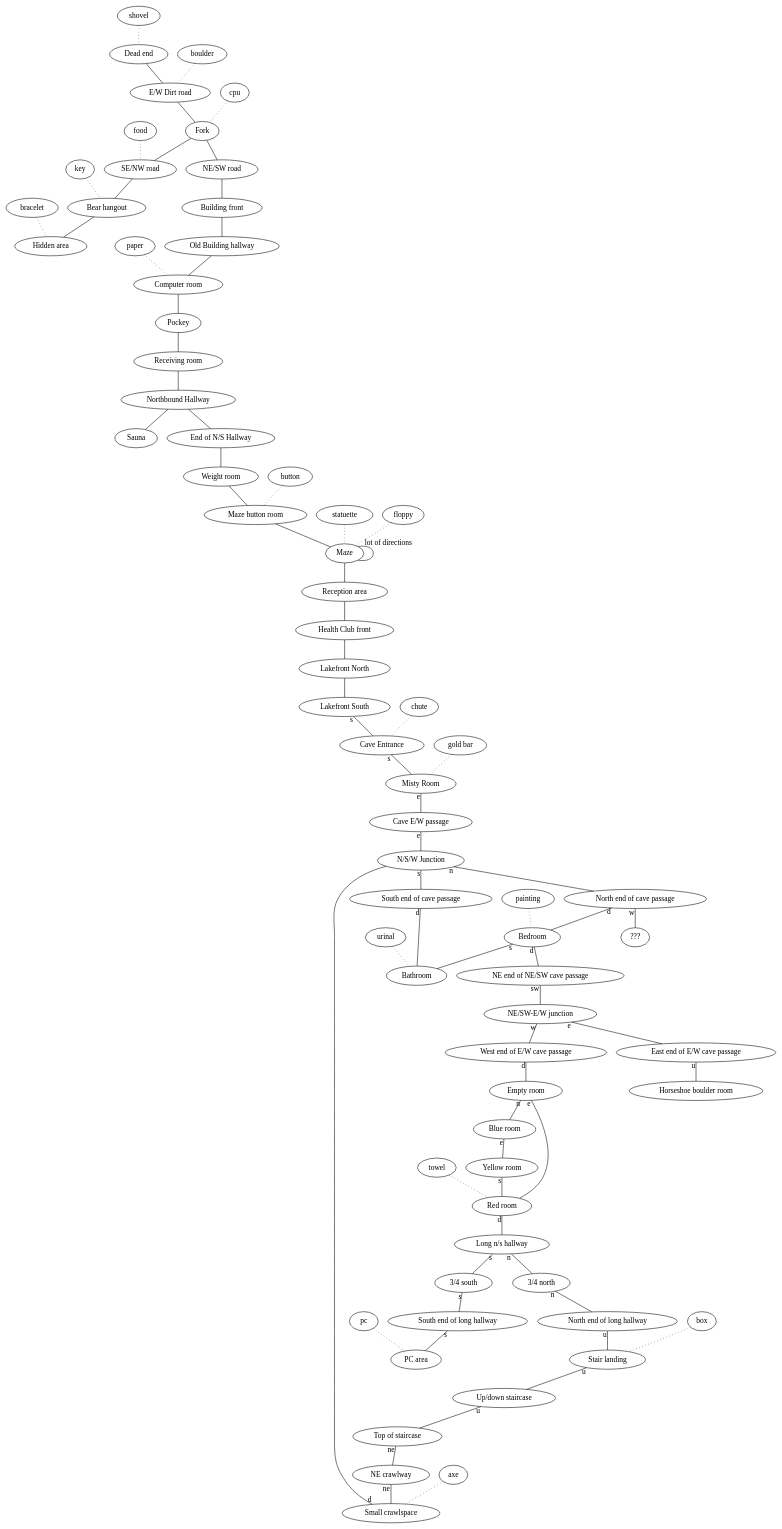
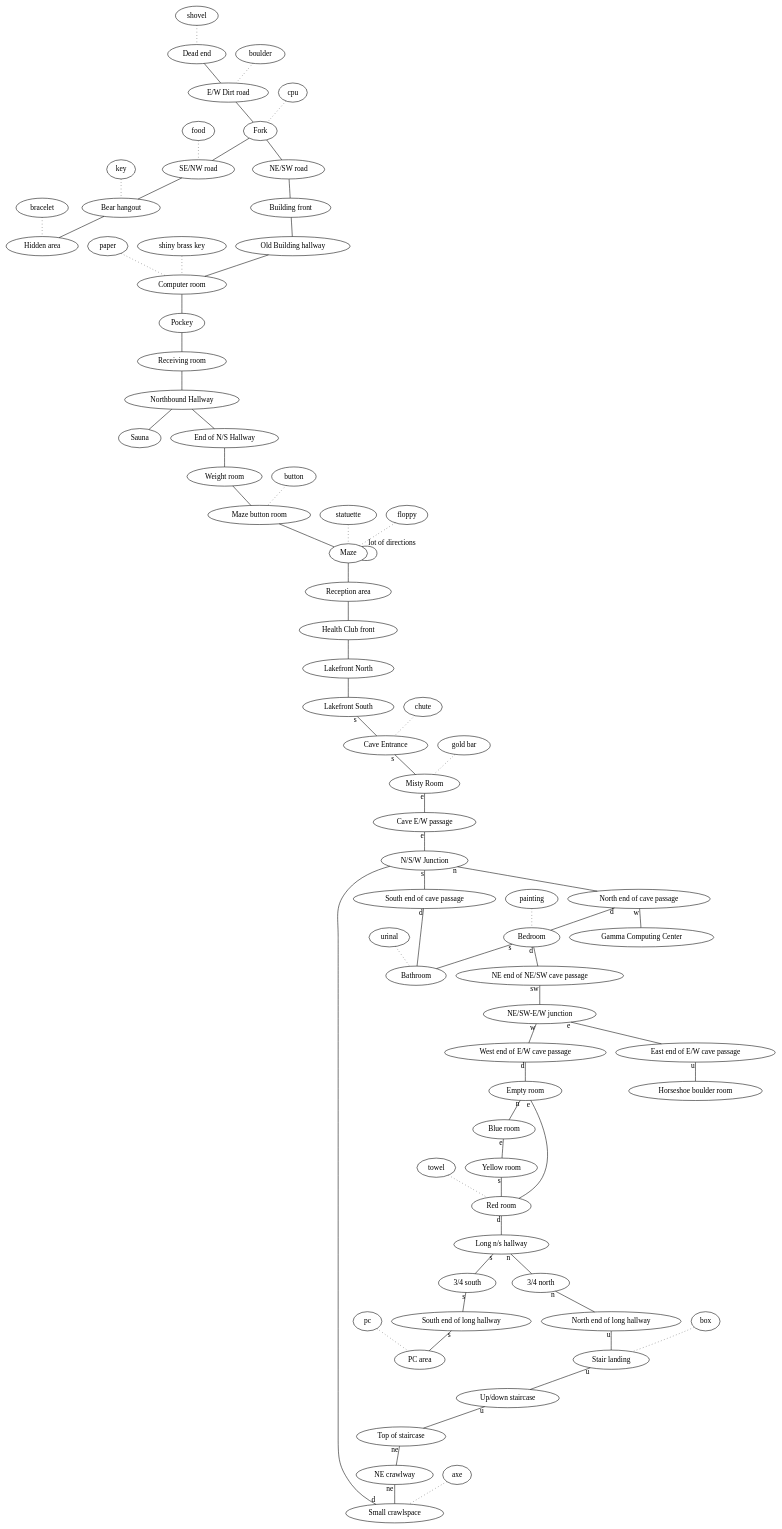
One commit to alvarogonzalezsotillo/.emacs.d changed the diagram in dunnet.org. Above: the diagram before and after it, drawn with Graphviz. The commit also changed other lines of this file and 1 other file, not shown here.

```diff
--- a/dunnet.org
+++ b/dunnet.org
@@ -2,80 +2,81 @@
 #+BEGIN_SRC dot :file ./dunnet.svg :exports results :cmd dot :cmdline -Tsvg
 digraph{
 
   edge[arrowhead="none"]
 
   "shovel" -> "Dead end" [style="dotted"]
   "Dead end" -> "E/W Dirt road"
   "boulder" -> "E/W Dirt road" [style="dotted"]
   "E/W Dirt road" -> "Fork"
   "cpu" -> "Fork" [style="dotted"]
   "Fork" -> "SE/NW road"
   "food" -> "SE/NW road" [style="dotted"]
   "SE/NW road" -> "Bear hangout"
   "key" -> "Bear hangout" [style="dotted"]
   "Bear hangout" -> "Hidden area"
   "bracelet" -> "Hidden area" [style="dotted"]
   "Fork" -> "NE/SW road"
   "NE/SW road" -> "Building front"
   "Building front" -> "Old Building hallway"
   "Old Building hallway" -> "Computer room"
   "paper" -> "Computer room" [style="dotted"]
+  "shiny brass key" -> "Computer room" [style="dotted"]
   "Computer room" -> "Pockey"
   "Pockey" -> "Receiving room"
   "Receiving room" -> "Northbound Hallway"
   "Northbound Hallway" -> "Sauna"
   "Northbound Hallway" -> "End of N/S Hallway"
   "End of N/S Hallway" -> "Weight room"
   "Weight room" -> "Maze button room"
   "button" -> "Maze button room" [style="dotted"]
   "Maze button room" -> "Maze"
   "statuette" -> "Maze" [style="dotted"]
   "floppy" -> "Maze" [style="dotted"]
   "Maze" -> "Maze" [taillabel="lot of directions"]
   "Maze" -> "Reception area"
   "Reception area" -> "Health Club front"
   "Health Club front" -> "Lakefront North"
   "Lakefront North" -> "Lakefront South"
   "Lakefront South" -> "Cave Entrance" [taillabel="s"]
   "chute" -> "Cave Entrance" [style="dotted"]
   "Cave Entrance" -> "Misty Room" [taillabel="s"]
   "gold bar" -> "Misty Room" [style="dotted"] 
   "Misty Room" -> "Cave E/W passage" [taillabel="e"]
   "Cave E/W passage" -> "N/S/W Junction" [taillabel="e"]
   "N/S/W Junction" -> "North end of cave passage" [taillabel="n"]
   "N/S/W Junction" -> "South end of cave passage" [taillabel="s"]
   "South end of cave passage" -> "Bathroom" [taillabel="d"]
   "North end of cave passage" -> "Bedroom" [taillabel="d"]
-  "North end of cave passage" -> "???" [taillabel="w"]
+  "North end of cave passage" -> "Gamma Computing Center" [taillabel="w"]
   "painting" -> "Bedroom" [style="dotted"]
   "Bedroom" -> "NE end of NE/SW cave passage" [taillabel="d"]
   "Bedroom" -> "Bathroom" [taillabel="s"]
   "urinal" -> "Bathroom" [style="dotted"]
   "NE end of NE/SW cave passage" -> "NE/SW-E/W junction" [taillabel="sw"]
   "NE/SW-E/W junction" -> "East end of E/W cave passage" [taillabel="e"]
   "East end of E/W cave passage" -> "Horseshoe boulder room" [taillabel="u"]
   "NE/SW-E/W junction" -> "West end of E/W cave passage" [taillabel="w"]
   "West end of E/W cave passage" -> "Empty room" [taillabel="d"]
   "Empty room" -> "Blue room" [taillabel="n"]
   "Empty room" -> "Red room" [taillabel="e"]
   "Blue room" -> "Yellow room" [taillabel="e"]
   "Yellow room" -> "Red room" [taillabel="s"]
   "towel" -> "Red room" [style="dotted"]
   "Red room" -> "Long n/s hallway" [taillabel="d"]
   "Long n/s hallway" -> "3/4 north" [taillabel="n"]
   "3/4 north" -> "North end of long hallway" [taillabel="n"]
   "North end of long hallway" -> "Stair landing" [taillabel="u"]
   "box" -> "Stair landing" [style="dotted"]
   "Stair landing" -> "Up/down staircase" [taillabel="u"]
   "Up/down staircase" -> "Top of staircase" [taillabel="u"]
   "Top of staircase" -> "NE crawlway" [taillabel="ne"]
   "NE crawlway" -> "Small crawlspace" [taillabel="ne"]
   "axe" -> "Small crawlspace" [style="dotted"]
   "Small crawlspace" -> "N/S/W Junction" [taillabel="d"]
   "Long n/s hallway" -> "3/4 south" [taillabel="s"]
   "3/4 south" -> "South end of long hallway"[taillabel="s"]
   "South end of long hallway" -> "PC area" [taillabel="s"]  
   "pc" -> "PC area" [style="dotted"]
 }
 
 #+END_SRC
```
